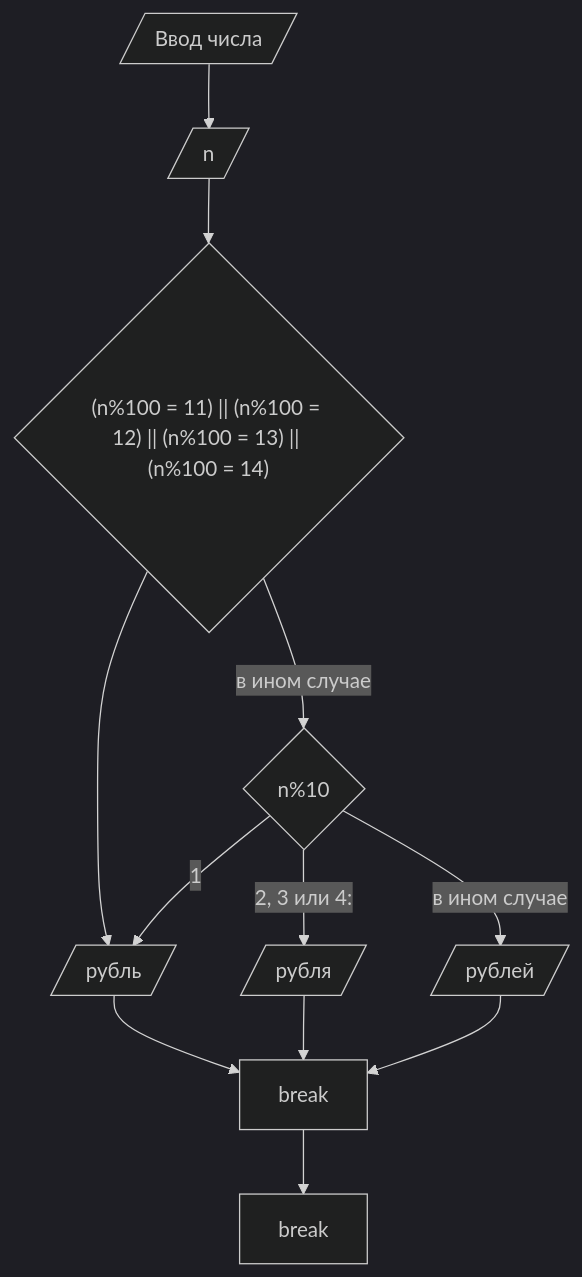
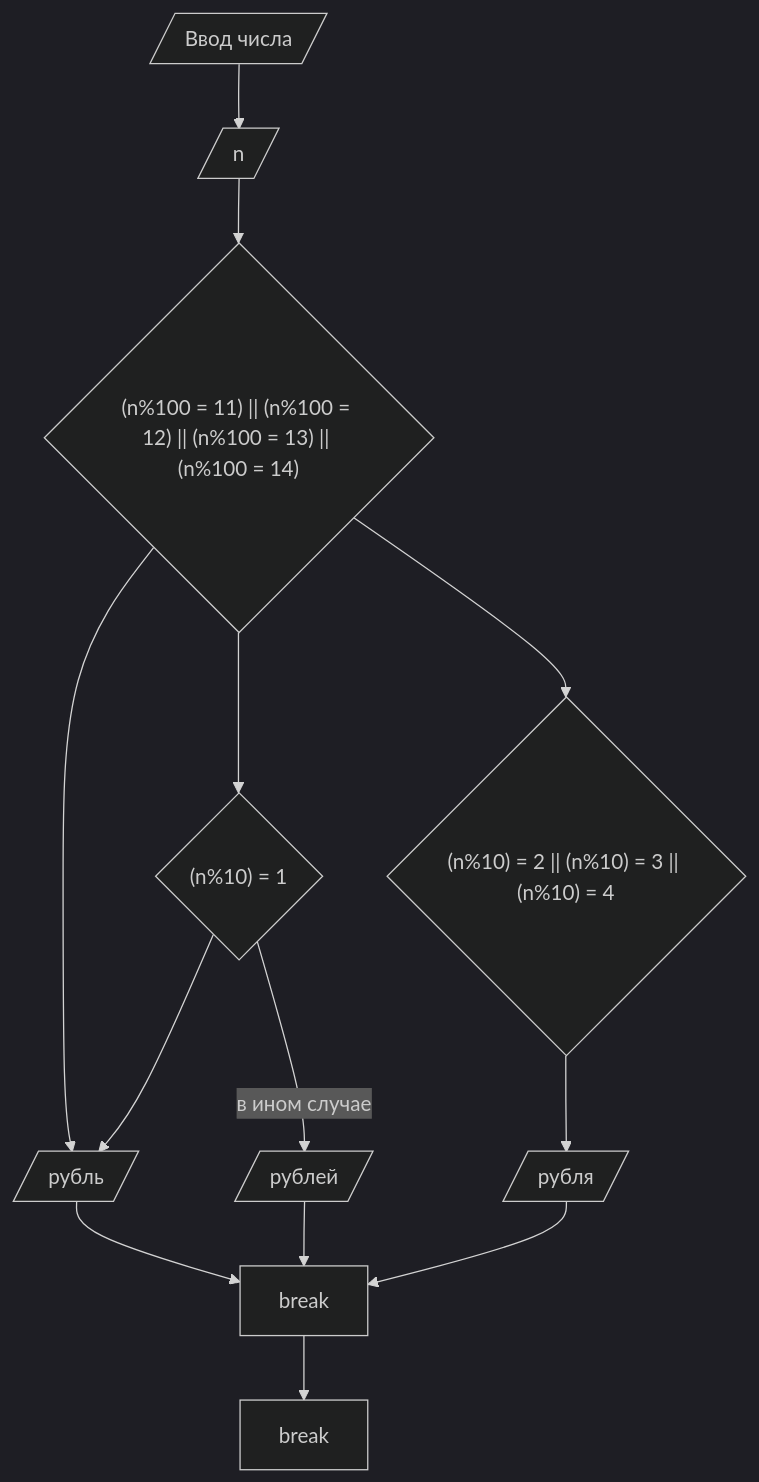
Before and after one commit to Lendic42/homework7: the diagram in README.md, drawn with Mermaid (dark theme).

````diff
--- a/README.md
+++ b/README.md
@@ -9,17 +9,18 @@
 ```mermaid
 flowchart TD
     C[/"Ввод числа"/]
     C --> D[/"n"/]
     D --> E{"(n%100 = 11) || (n%100 = 12) || (n%100 = 13) || (n%100 = 14)"}
     E -->H[/"рубль"/]
-    E -->|"в ином случае"| G{"n%10"}
-    G -->|"1"| H[/"рубль"/]
-    G -->|"2, 3 или 4:"| I[/"рубля"/]
+    E --> G{"(n%10) = 1"}
+    E --> Q{"(n%10) = 2 || (n%10) = 3 || (n%10) = 4"}
+    Q --> I[/"рубля"/]
+    G --> H[/"рубль"/]
     G -->|"в ином случае"| J[/"рублей"/]
     H --> K["break"]
     I --> K
     J --> K
     K --> L["break"]
 
 
 ```
````
